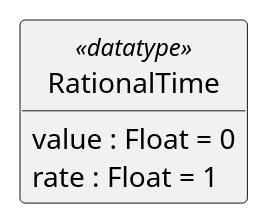
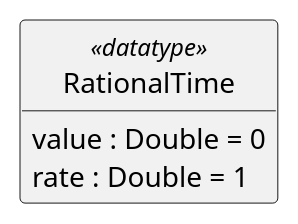
Diagram 27 of 34 in src/main/md/otio-core.md (sandflow/otio-core-specification), drawn with PlantUML before and after one commit. The commit also changed other lines of this file, not shown here.

````diff
--- a/src/main/md/otio-core.md
+++ b/src/main/md/otio-core.md
@@ -1724,13 +1724,13 @@
 ```puml
 @startuml
 hide empty members
 hide circle
 skinparam classAttributeIconSize 0
 
 class RationalTime <<datatype>> {
-  value : Float = 0
-  rate : Float = 1
+  value : Double = 0
+  rate : Double = 1
 }
 
 @enduml
 ```
````
